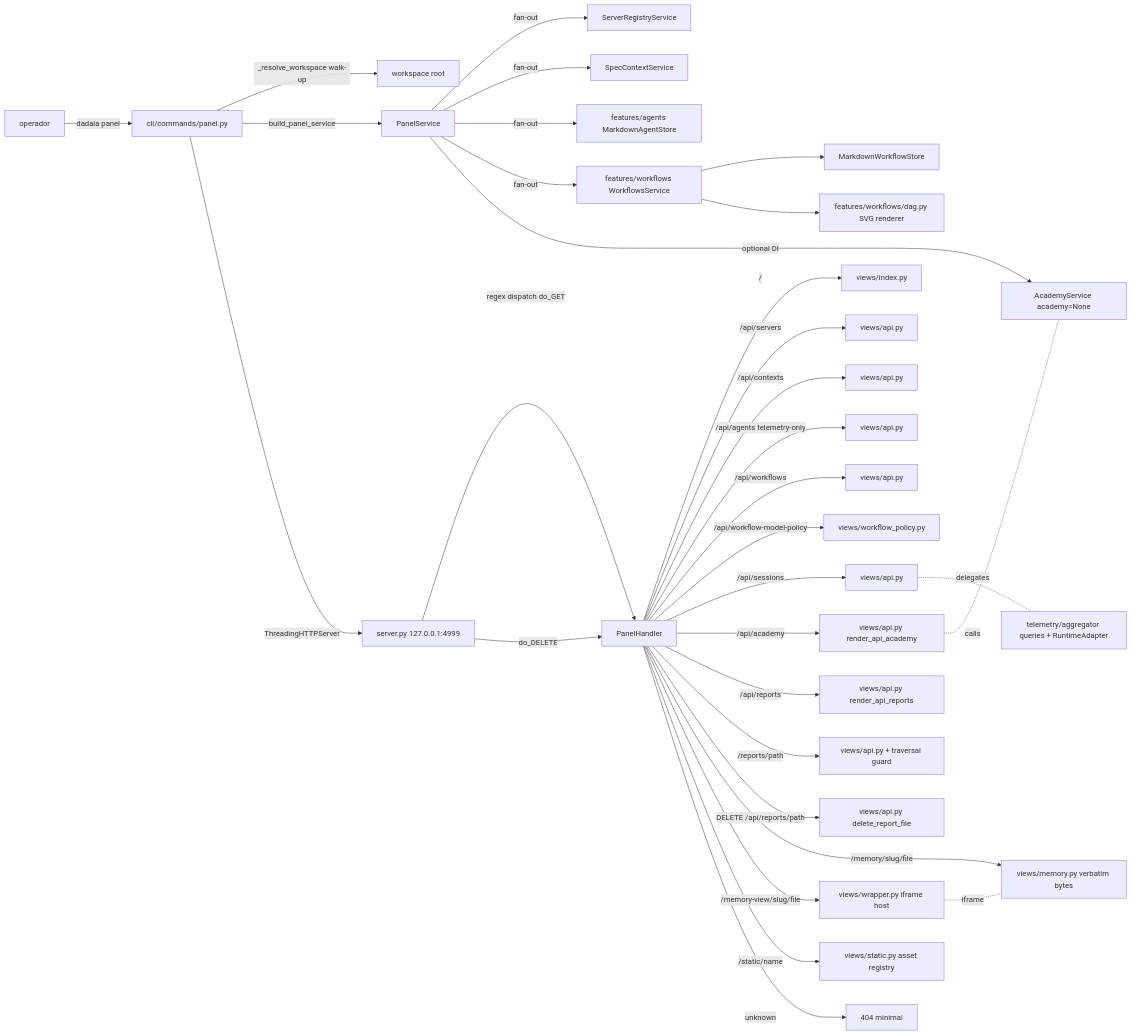
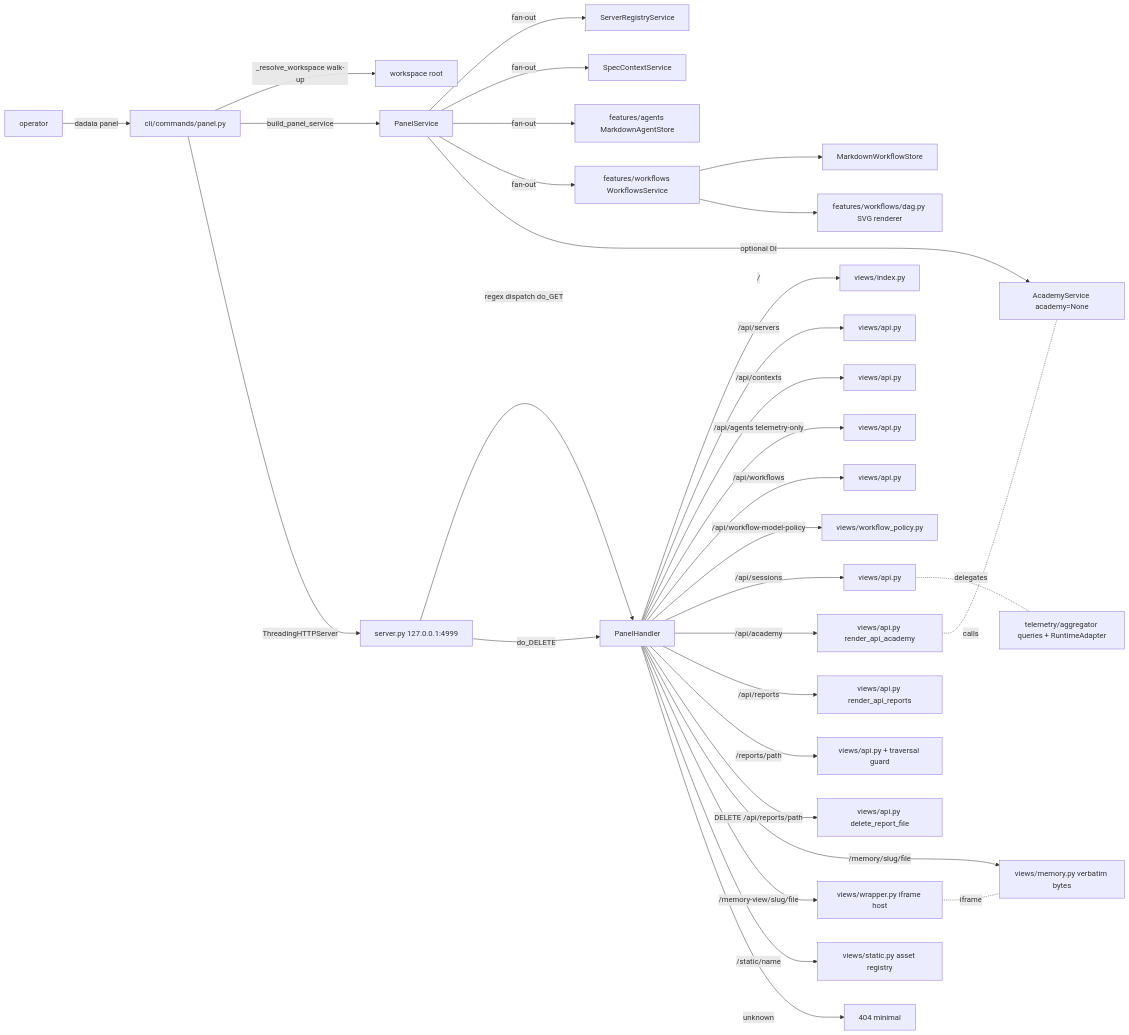
One commit to marcoaureliomenezes/dadaia-workspace changed the diagram in specs/memory/product/panel/panel.md. Above: the diagram before and after it, drawn with Mermaid. The commit also changed other lines of this file and 31 other files, not shown here.

````diff
--- a/specs/memory/product/panel/panel.md
+++ b/specs/memory/product/panel/panel.md
@@ -59,34 +59,34 @@
 ```mermaid
 flowchart LR
-    OP[operador] -->|dadaia panel| CLI[cli/commands/panel.py]
+    OP[operator] -->|dadaia panel| CLI[cli/commands/panel.py]
     CLI -->|_resolve_workspace walk-up| WR[workspace root]
     CLI -->|build_panel_service| SVC[PanelService]
     SVC -->|fan-out| SRS[ServerRegistryService]
     SVC -->|fan-out| SCS[SpecContextService]
     SVC -->|fan-out| AGS[features/agents MarkdownAgentStore]
     SVC -->|fan-out| WFS[features/workflows WorkflowsService]
     SVC -->|optional DI| ACS[AcademyService academy=None]
     WFS --> WS[MarkdownWorkflowStore]
     WFS --> DAG[features/workflows/dag.py SVG renderer]
     CLI -->|ThreadingHTTPServer| SRV[server.py 127.0.0.1:4999]
     SRV -->|regex dispatch do_GET| H[PanelHandler]
     SRV -->|do_DELETE| H
     H -->|/| IDX[views/index.py]
     H -->|/api/servers| API1[views/api.py]
     H -->|/api/contexts| API2[views/api.py]
     H -->|/api/agents telemetry-only| API3[views/api.py]
     H -->|/api/workflows| API5[views/api.py]
     H -->|/api/workflow-model-policy| WFP[views/workflow_policy.py]
     H -->|/api/sessions| API7[views/api.py]
     H -->|/api/academy| ACAD[views/api.py render_api_academy]
     H -->|/api/reports| REP[views/api.py render_api_reports]
     H -->|/reports/path| REPS[views/api.py + traversal guard]
     H -->|DELETE /api/reports/path| REPD[views/api.py delete_report_file]
     API7 -.delegates.- AGG[telemetry/aggregator queries + RuntimeAdapter]
     H -->|/memory/slug/file| MEM[views/memory.py verbatim bytes]
     H -->|/memory-view/slug/file| WRAP[views/wrapper.py iframe host]
     H -->|/static/name| ST[views/static.py asset registry]
     H -->|unknown| F404[404 minimal]
     WRAP -.iframe.- MEM
     ACAD -.calls.- ACS
 ```
````
